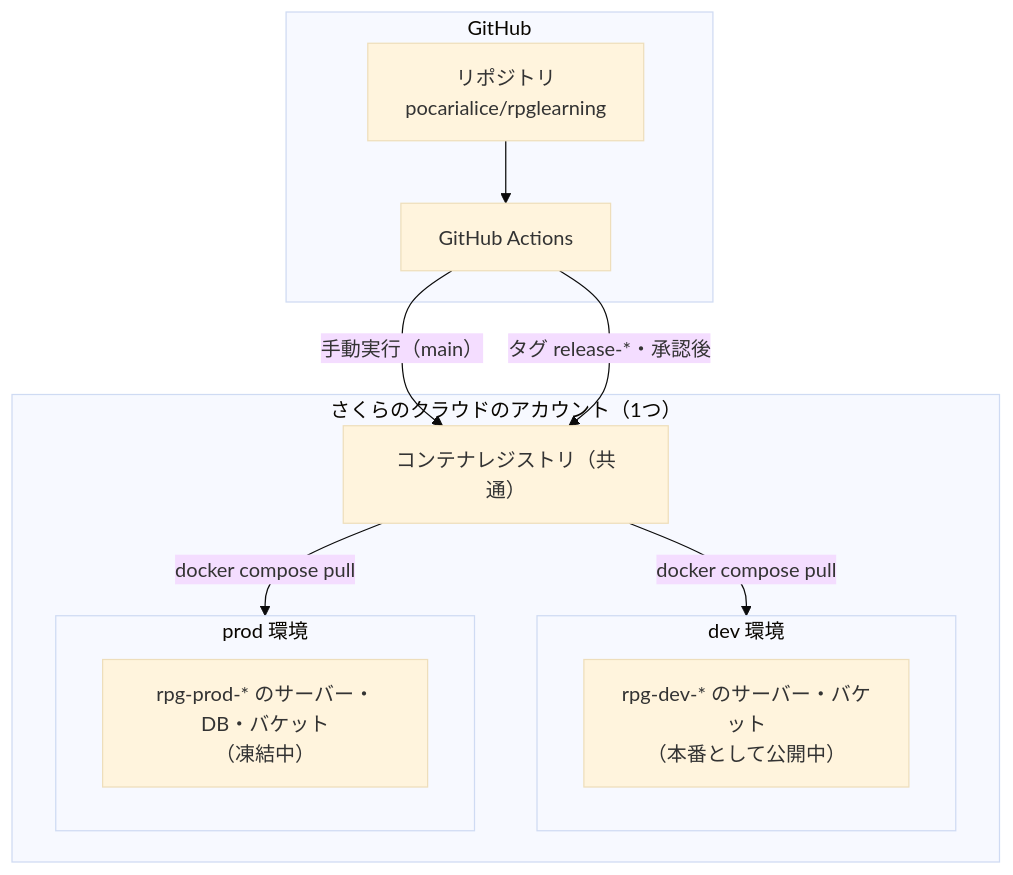
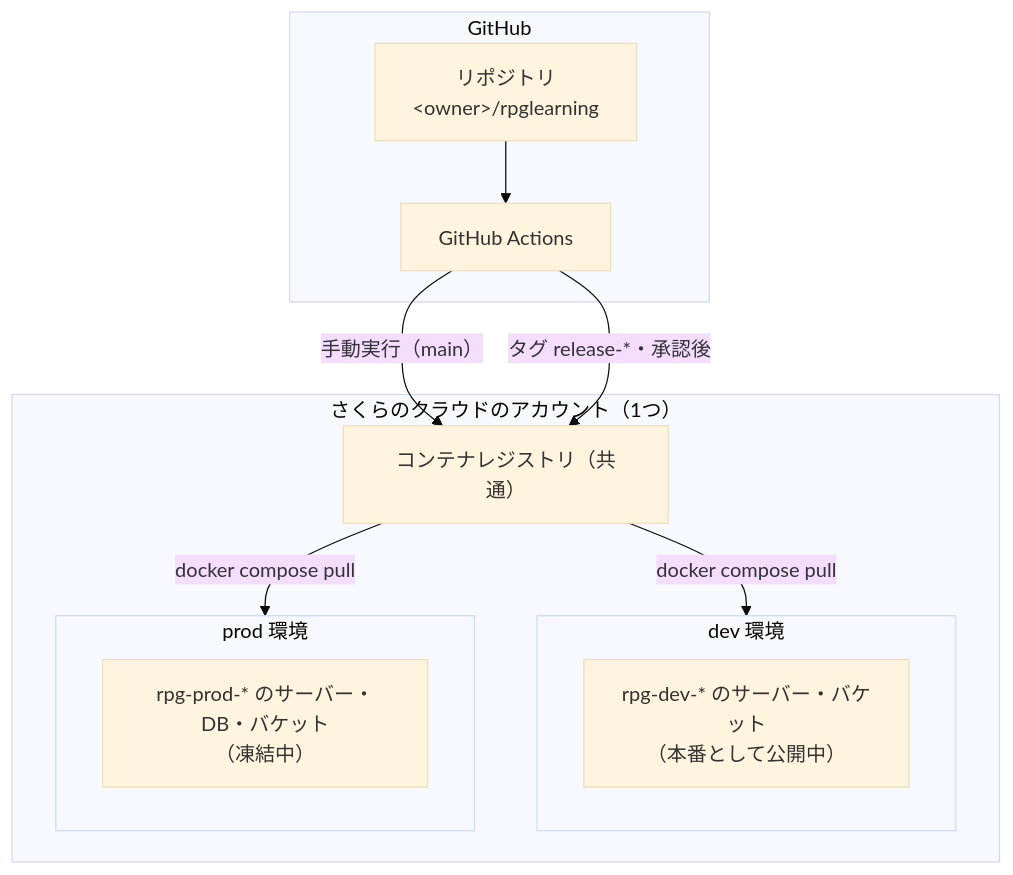
The third of 18 diagrams in documents/外部設計書_RPG学習アプリ.md (pocarialice/rpglearning), drawn with Mermaid (base theme) before and after one commit. The commit also changed other lines of this file and 13 other files, not shown here.

First line of the commit message:
ドキュメントを整理する：図の表示、PRリンク・ブランチ名・コミット番号の削除、伏せ字、PCでアコーディオンを開く

````diff
--- a/documents/外部設計書_RPG学習アプリ.md
+++ b/documents/外部設計書_RPG学習アプリ.md
@@ -211,21 +211,21 @@
 ```mermaid
 flowchart TB
   subgraph ACC["さくらのクラウドのアカウント（1つ）"]
     subgraph DEV["dev 環境"]
       D1["rpg-dev-* のサーバー・バケット<br>（本番として公開中）"]
     end
     subgraph PRD["prod 環境"]
       P1["rpg-prod-* のサーバー・DB・バケット<br>（凍結中）"]
     end
     CR["コンテナレジストリ（共通）"]
   end
   subgraph GH["GitHub"]
-    REPO["リポジトリ<br>pocarialice/rpglearning"]
+    REPO["リポジトリ<br>#lt;owner#gt;/rpglearning"]
     GA["GitHub Actions"]
   end
   REPO --> GA
   GA -->|"手動実行（main）"| CR
   GA -->|"タグ release-*・承認後"| CR
   CR -->|"docker compose pull"| DEV
   CR -->|"docker compose pull"| PRD
 ```
````
